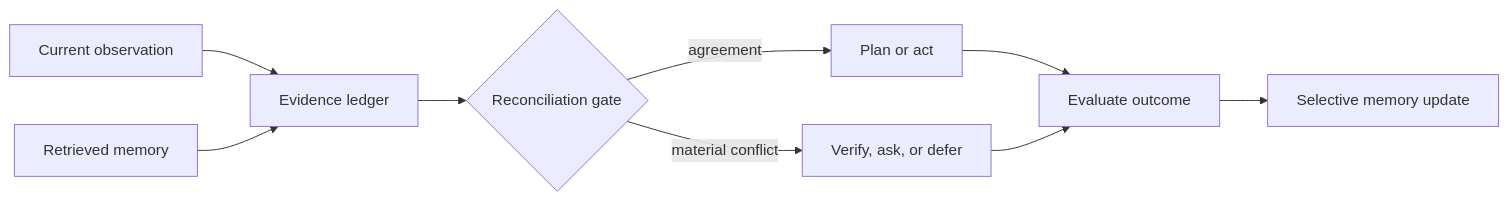
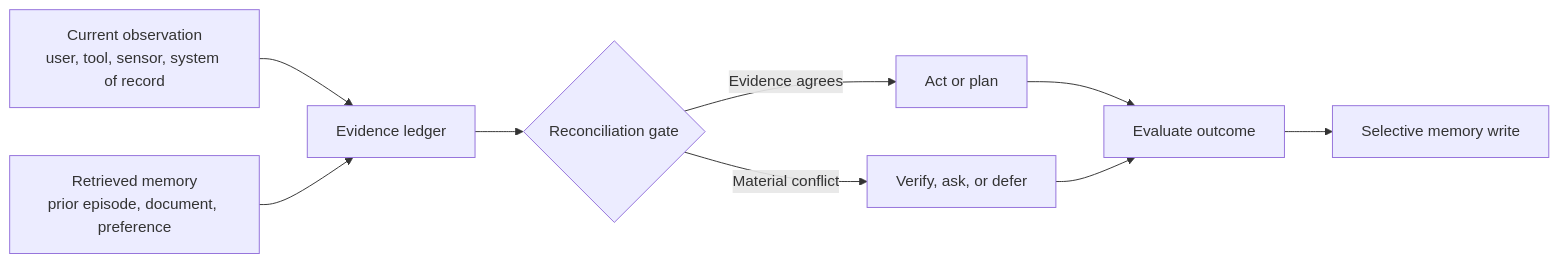
The diagram in README.md (EdgeAgent/dser-agent-framework), drawn with Mermaid before and after one commit. The commit also changed other lines of this file, not shown here.

````diff
--- a/README.md
+++ b/README.md
@@ -21,11 +52,11 @@
 ```mermaid
 flowchart LR
-    O[Current observation] --> L[Evidence ledger]
-    M[Retrieved memory] --> L
+    O[Current observation\nuser, tool, sensor, system of record] --> L[Evidence ledger]
+    M[Retrieved memory\nprior episode, document, preference] --> L
     L --> G{Reconciliation gate}
-    G -->|agreement| A[Plan or act]
-    G -->|material conflict| V[Verify, ask, or defer]
+    G -->|Evidence agrees| A[Act or plan]
+    G -->|Material conflict| V[Verify, ask, or defer]
     A --> E[Evaluate outcome]
     V --> E
-    E --> W[Selective memory update]
+    E --> W[Selective memory write]
 ```
````
